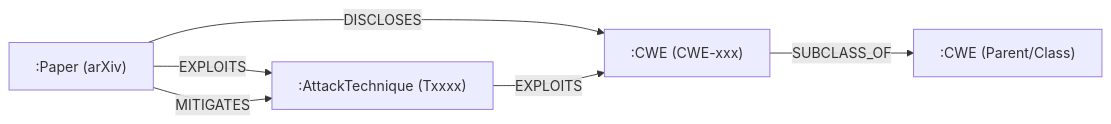
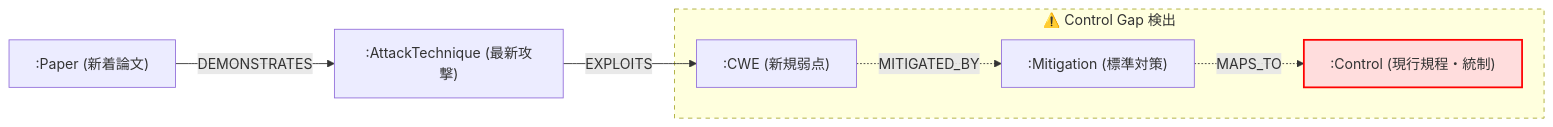
The second of 3 diagrams in docs/designs/DSN-17-security_knowledge_ontology.md (rokujyouhitoma/arxiv-security-papers), drawn with Mermaid before and after one commit. The commit also changed other lines of this file, not shown here.

Commit message:
docs(ontology): update DSN-17 to Rev 2.0 with tailored security knowledge graph architecture

````diff
--- a/docs/designs/DSN-17-security_knowledge_ontology.md
+++ b/docs/designs/DSN-17-security_knowledge_ontology.md
@@ -284,13 +212,14 @@
 ```mermaid
-graph LR
-    Paper[":Paper (arXiv)"]
-    ATTACK[":AttackTechnique (Txxxx)"]
-    CWE[":CWE (CWE-xxx)"]
-    CWE_Parent[":CWE (Parent/Class)"]
+flowchart LR
+    P[":Paper (新着論文)"] -->|DEMONSTRATES| AT[":AttackTechnique (最新攻撃)"]
+    AT -->|EXPLOITS| CWE[":CWE (新規弱点)"]
+    
+    subgraph GapAnalysis ["⚠️ Control Gap 検出"]
+        CWE -.->|MITIGATED_BY| M[":Mitigation (標準対策)"]
+        M -.->|MAPS_TO| C[":Control (現行規程・統制)"]
+        style C fill:#ffdddd,stroke:#ff0000,stroke-width:2px
+    end
 
-    Paper -->|EXPLOITS| ATTACK
-    Paper -->|MITIGATES| ATTACK
-    Paper -->|DISCLOSES| CWE
-    ATTACK -->|EXPLOITS| CWE
-    CWE -->|SUBCLASS_OF| CWE_Parent
+    classDef gap stroke-dasharray: 5 5;
+    class GapAnalysis gap;
 ```
````
